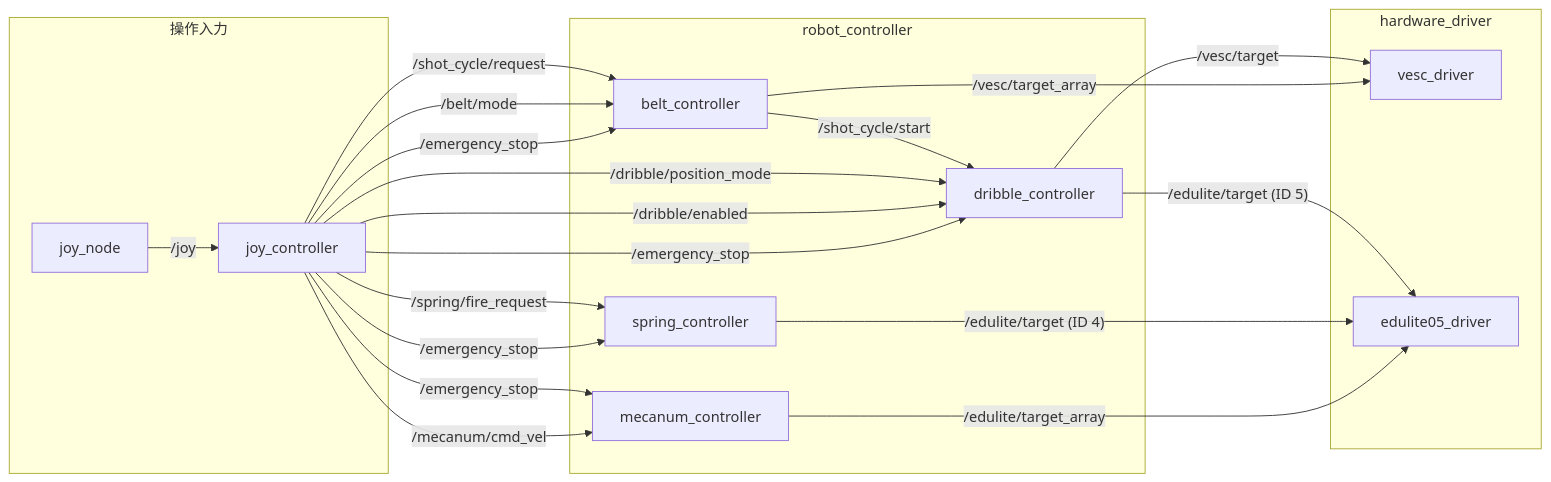
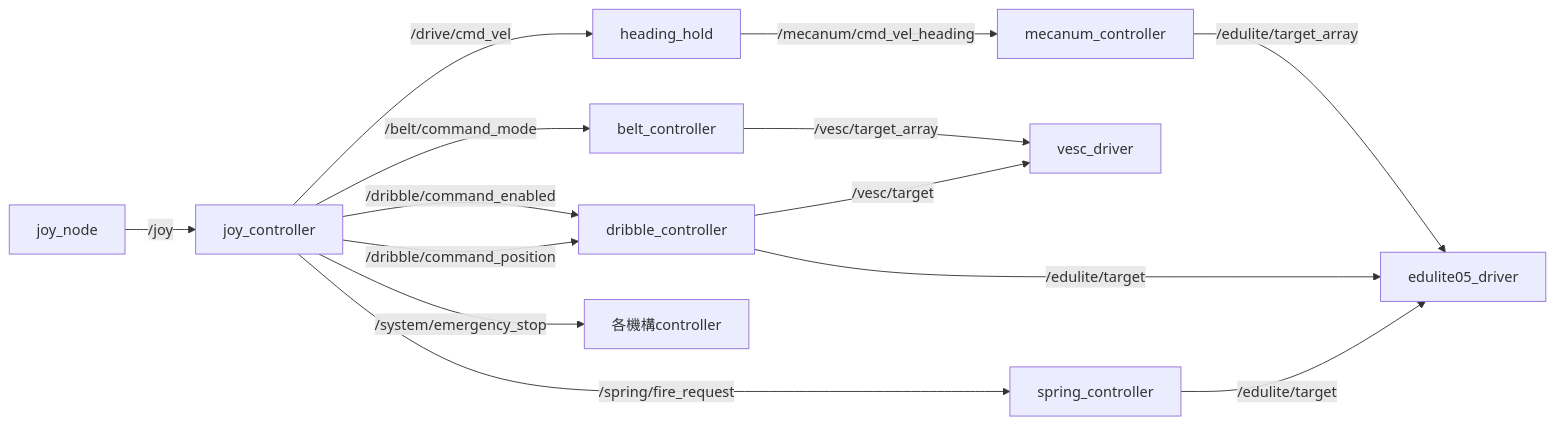
The diagram in ros2_ws/src/robot_controller/README.md (rodep-soft/rox2026), drawn with Mermaid before and after one commit. The commit also changed other lines of this file and 11 other files, not shown here.

````diff
--- a/ros2_ws/src/robot_controller/README.md
+++ b/ros2_ws/src/robot_controller/README.md
@@ -20,39 +21,20 @@
 ```mermaid
 flowchart LR
-  subgraph input["操作入力"]
-    joy["joy_node"]
-    joy_controller["joy_controller"]
-    joy -->|"/joy"| joy_controller
-  end
+  joy[joy_node] -->|/joy| input[joy_controller]
+  input -->|/drive/cmd_vel| heading[heading_hold]
+  heading -->|/mecanum/cmd_vel_heading| mecanum[mecanum_controller]
+  mecanum -->|/edulite/target_array| edulite[edulite05_driver]
 
-  subgraph controllers["robot_controller"]
-    mecanum["mecanum_controller"]
-    spring["spring_controller"]
-    belt["belt_controller"]
-    dribble["dribble_controller"]
-  end
+  input -->|/belt/command_mode| belt[belt_controller]
+  belt -->|/vesc/target_array| vesc[vesc_driver]
 
-  subgraph drivers["hardware_driver"]
-    vesc["vesc_driver"]
-    edulite["edulite05_driver"]
-  end
+  input -->|/dribble/command_enabled| dribble[dribble_controller]
+  input -->|/dribble/command_position| dribble
+  dribble -->|/vesc/target| vesc
+  dribble -->|/edulite/target| edulite
 
-  joy_controller -->|"/mecanum/cmd_vel"| mecanum
-  joy_controller -->|"/emergency_stop"| mecanum
-  joy_controller -->|"/emergency_stop"| spring
-  joy_controller -->|"/emergency_stop"| belt
-  joy_controller -->|"/emergency_stop"| dribble
+  input -->|/spring/fire_request| spring[spring_controller]
+  spring -->|/edulite/target| edulite
 
-  joy_controller -->|"/belt/mode"| belt
-  joy_controller -->|"/dribble/enabled"| dribble
-  joy_controller -->|"/dribble/position_mode"| dribble
-  joy_controller -->|"/spring/fire_request"| spring
-  joy_controller -->|"/shot_cycle/request"| belt
-  belt -->|"/shot_cycle/start"| dribble
-
-  belt -->|"/vesc/target_array"| vesc
-  dribble -->|"/vesc/target"| vesc
-  mecanum -->|"/edulite/target_array"| edulite
-  spring -->|"/edulite/target (ID 4)"| edulite
-  dribble -->|"/edulite/target (ID 5)"| edulite
+  input -->|/system/emergency_stop| controllers[各機構controller]
 ```
````
